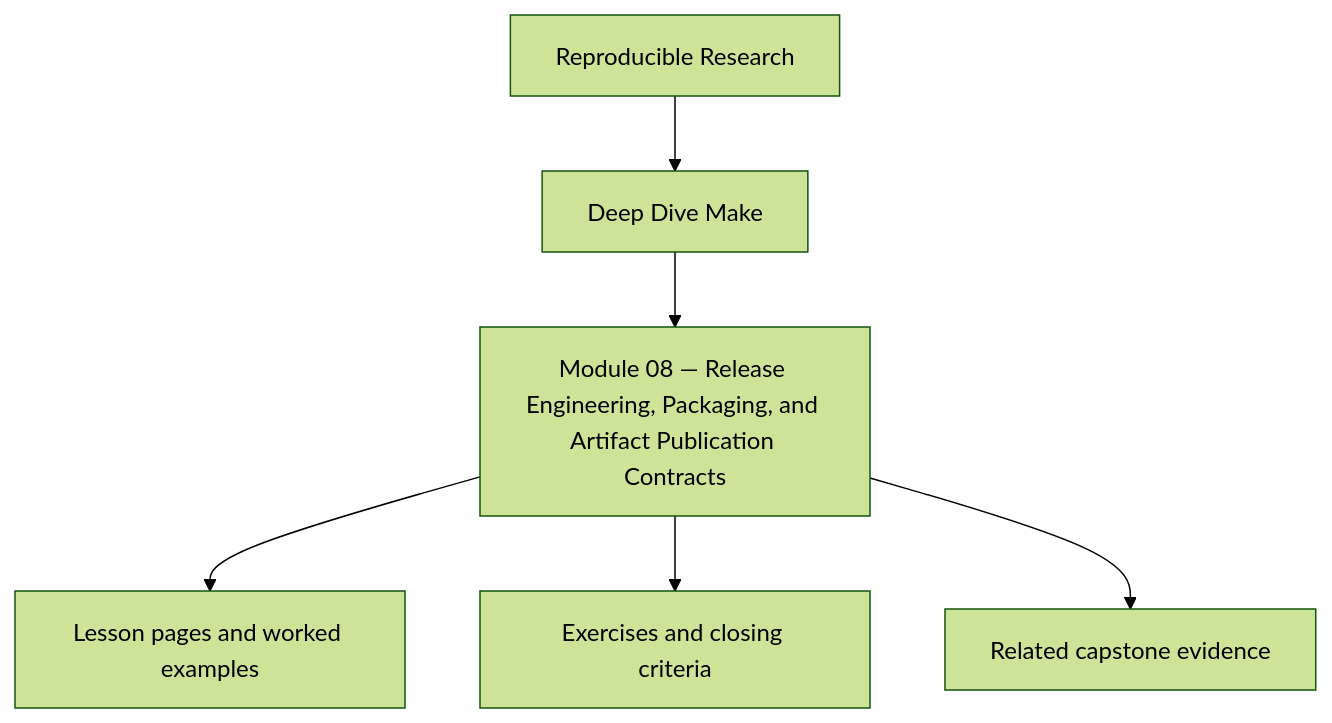
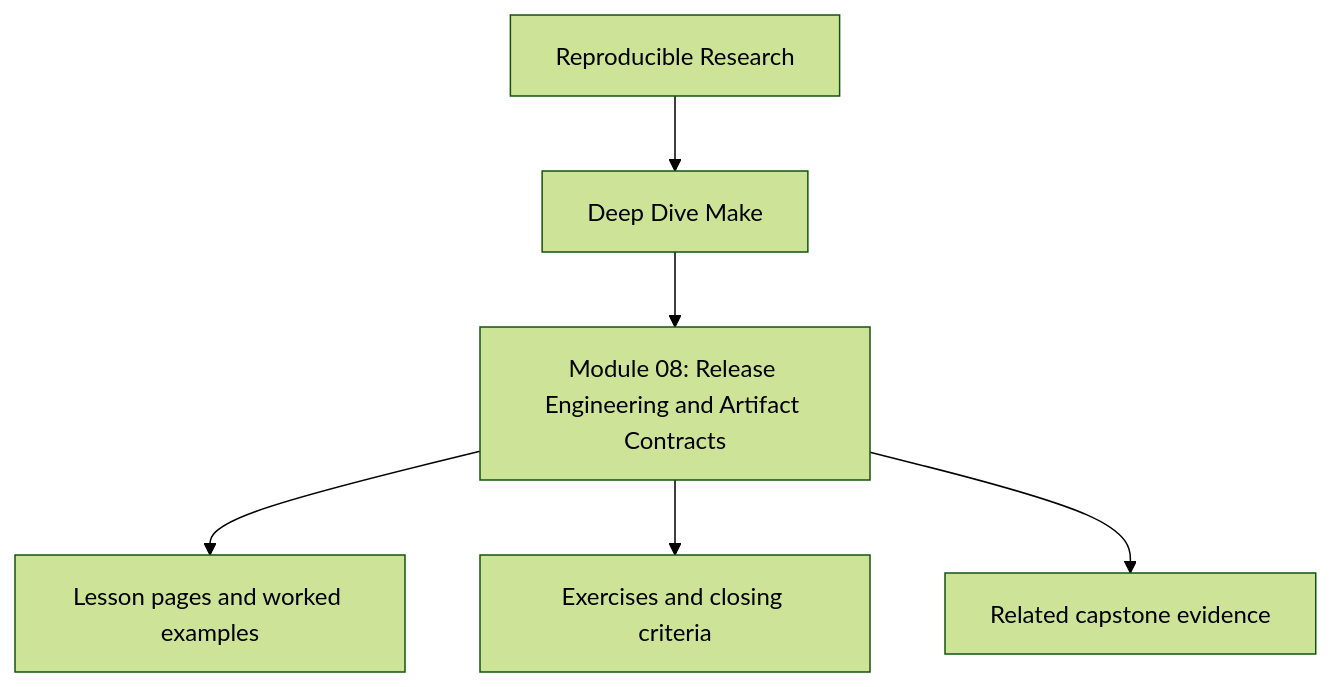
Before and after one commit to bijux/bijux-masterclass: the first of 2 diagrams in programs/reproducible-research/deep-dive-make/course-book/module-08-release-engineering-and-artifact-publication-contracts/index.md, drawn with Mermaid (forest theme). The commit also changed other lines of this file and 241 other files, not shown here.

````diff
--- a/programs/reproducible-research/deep-dive-make/course-book/module-08-release-engineering-and-artifact-publication-contracts/index.md
+++ b/programs/reproducible-research/deep-dive-make/course-book/module-08-release-engineering-and-artifact-publication-contracts/index.md
@@ -9,8 +9,8 @@
 ```mermaid
 flowchart TD
   family["Reproducible Research"] --> program["Deep Dive Make"]
-  program --> module["Module 08 — Release Engineering, Packaging, and Artifact Publication Contracts"]
+  program --> module["Module 08: Release Engineering and Artifact Contracts"]
   module --> lessons["Lesson pages and worked examples"]
   module --> checkpoints["Exercises and closing criteria"]
   module --> capstone["Related capstone evidence"]
 ```
````
